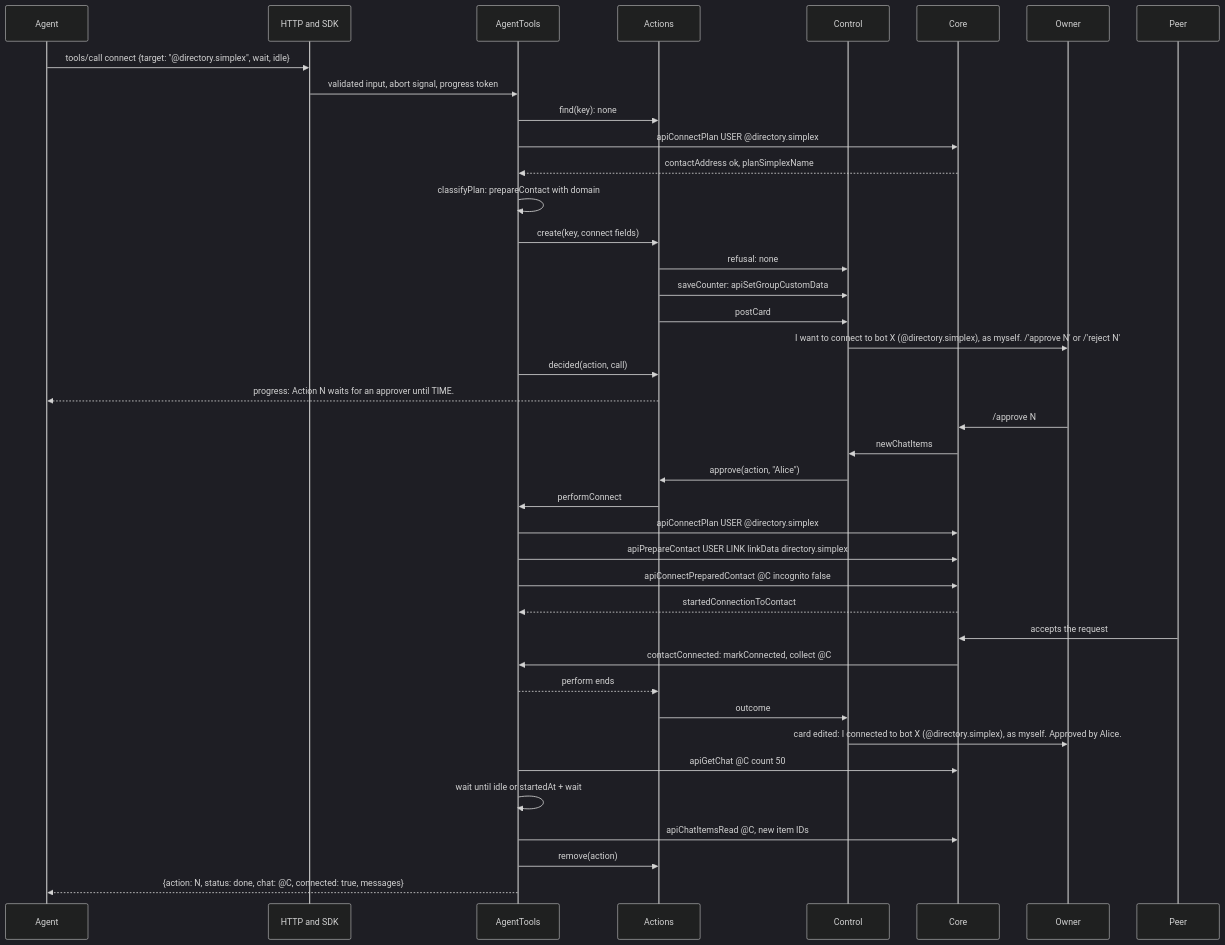
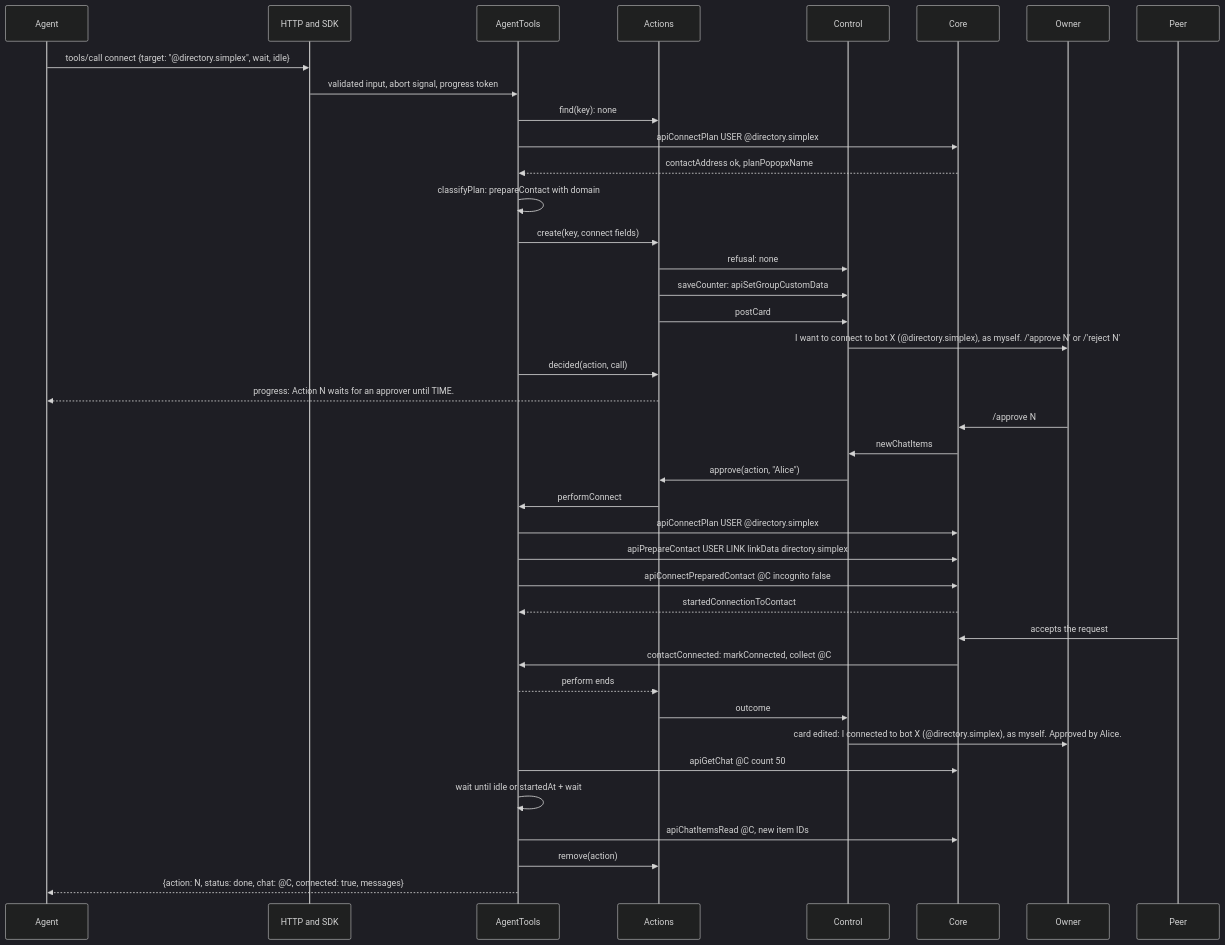
The third of 16 diagrams in packages/popopx-chat-mcp/spec/flows.md (popopx-chat/popopx-chat), drawn with Mermaid (dark theme) before and after one commit. The commit also changed 91 other files, not shown here.

````diff
--- a/packages/popopx-chat-mcp/spec/flows.md
+++ b/packages/popopx-chat-mcp/spec/flows.md
@@ -140,42 +140,42 @@
 ```mermaid
 sequenceDiagram
   participant A as Agent
   participant H as HTTP and SDK
   participant T as AgentTools
   participant X as Actions
   participant K as Control
   participant C as Core
   participant O as Owner
   participant D as Peer
   A->>H: tools/call connect {target: "@directory.simplex", wait, idle}
   H->>T: validated input, abort signal, progress token
   T->>X: find(key): none
   T->>C: apiConnectPlan USER @directory.simplex
-  C-->>T: contactAddress ok, planSimplexName
+  C-->>T: contactAddress ok, planPopopxName
   T->>T: classifyPlan: prepareContact with domain
   T->>X: create(key, connect fields)
   X->>K: refusal: none
   X->>K: saveCounter: apiSetGroupCustomData #G
   X->>K: postCard
   K->>O: I want to connect to bot X (@directory.simplex), as myself. /'approve N' or /'reject N'
   T->>X: decided(action, call)
   X-->>A: progress: Action N waits for an approver until TIME.
   O->>C: /approve N
   C->>K: newChatItems
   K->>X: approve(action, "Alice")
   X->>T: performConnect
   T->>C: apiConnectPlan USER @directory.simplex
   T->>C: apiPrepareContact USER LINK linkData directory.simplex
   T->>C: apiConnectPreparedContact @C incognito false
   C-->>T: startedConnectionToContact
   D->>C: accepts the request
   C->>T: contactConnected: markConnected, collect @C
   T-->>X: perform ends
   X->>K: outcome
   K->>O: card edited: I connected to bot X (@directory.simplex), as myself. Approved by Alice.
   T->>C: apiGetChat @C count 50
   T->>T: wait until idle or startedAt + wait
   T->>C: apiChatItemsRead @C, new item IDs
   T->>X: remove(action)
   T-->>A: {action: N, status: done, chat: @C, connected: true, messages}
 ```
````
